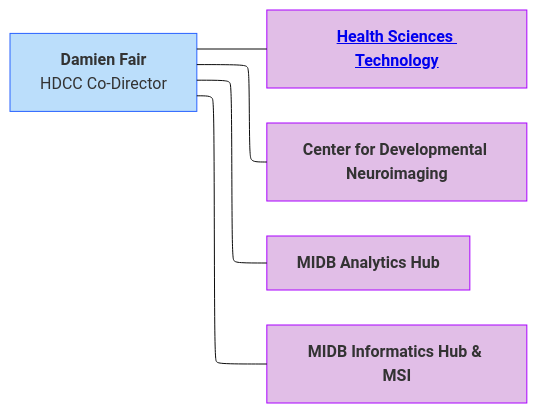
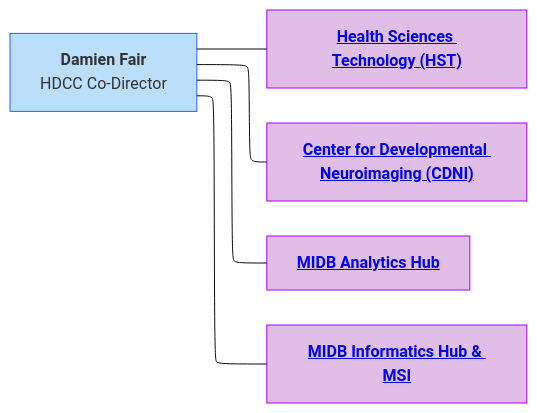
Before and after one commit to DCAN-Labs/hbcd-docs-internal: the second of 12 diagrams in docs/orgcharts.md, drawn with Mermaid (base theme). The commit also changed other lines of this file, not shown here.

Commit message:
restyle CDNI org chart

````diff
--- a/docs/orgcharts.md
+++ b/docs/orgcharts.md
@@ -98,21 +98,21 @@
 ```mermaid
 ---
 config:
   layout: elk
 ---
 flowchart LR
     A["<b>Damien Fair</b><br>HDCC Co-Director"] 
-    A --- B["<a href="#health-sciences-technology" target="_top"><b>Health Sciences Technology</b></a>"]
-    A --- C["<b>Center for Developmental Neuroimaging</b>"]
-    A --- D["<b>MIDB Analytics Hub</b>"]
-    A --- E["<b>MIDB Informatics Hub &amp; MSI</b>"]
+    A --- B["<a href="#health-sciences-technology" target="_top"><b>Health Sciences Technology (HST)</b></a>"]
+    A --- C["<a href="#center-for-developmental-neuroimaging" target="_top"><b>Center for Developmental Neuroimaging (CDNI)</b></a>"]
+    A --- D["<a href="#midb-analytics-hub" target="_top"><b>MIDB Analytics Hub</b></a>"]
+    A --- E["<a href="#midb-informatics-hub-msi" target="_top"><b>MIDB Informatics Hub & MSI</b></a>"]
     style A fill:#BBDEFB,stroke:#2962FF
     style B fill:#E1BEE7,stroke:#AA00FF
     style C fill:#E1BEE7,stroke:#AA00FF
     style D fill:#E1BEE7,stroke:#AA00FF
     style E fill:#E1BEE7,stroke:#AA00FF
     click B "#health-sciences-technology"
     click C "#center-for-developmental-neuroimaging"
     click D "#midb-analytics-hub"
     click E "#midb-informatics-hub-msi"
 ```
````
